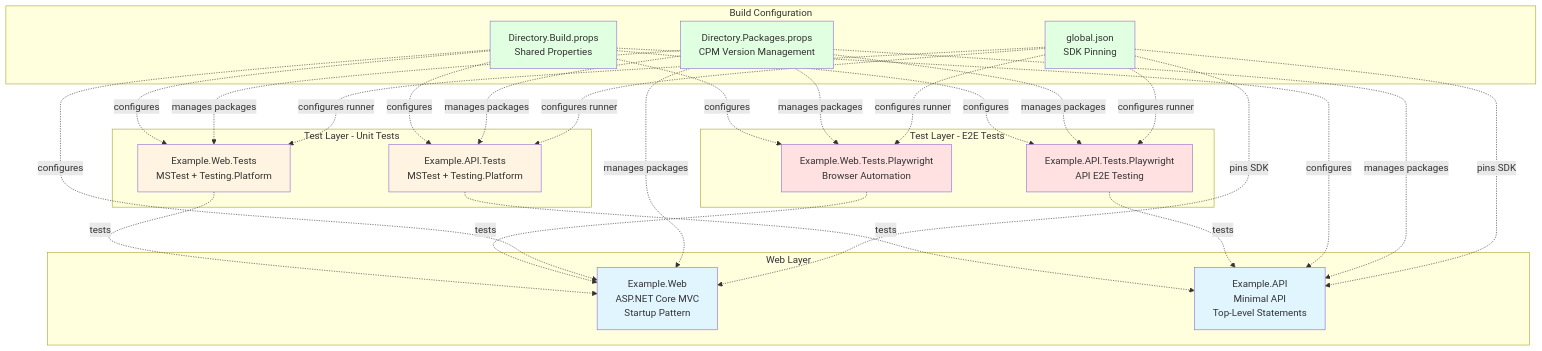
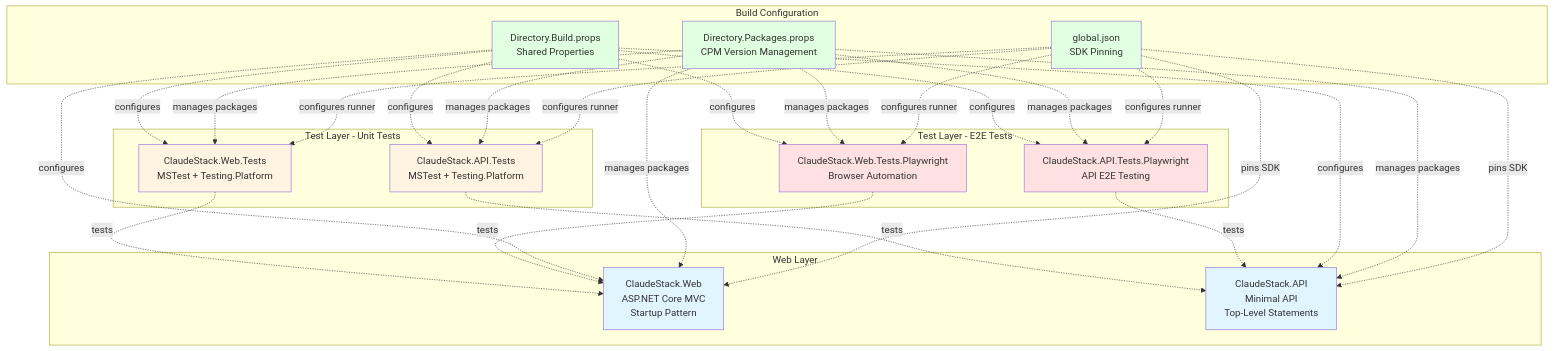
One commit to mpaulohs/GazetaMarketplace changed the first of 3 diagrams in docs/docfx-developer/articles/architecture.md. Above: the diagram before and after it, drawn with Mermaid. The commit also changed other lines of this file and 162 other files, not shown here.

First line of the commit message:
Rename project to ClaudeStack.net

````diff
--- a/docs/docfx-developer/articles/architecture.md
+++ b/docs/docfx-developer/articles/architecture.md
@@ -17,59 +17,59 @@
 ```mermaid
 graph TB
     subgraph "Web Layer"
-        A[Example.Web<br/>ASP.NET Core MVC<br/>Startup Pattern]
-        B[Example.API<br/>Minimal API<br/>Top-Level Statements]
+        A[ClaudeStack.Web<br/>ASP.NET Core MVC<br/>Startup Pattern]
+        B[ClaudeStack.API<br/>Minimal API<br/>Top-Level Statements]
     end
 
     subgraph "Test Layer - Unit Tests"
-        C[Example.Web.Tests<br/>MSTest + Testing.Platform]
-        D[Example.API.Tests<br/>MSTest + Testing.Platform]
+        C[ClaudeStack.Web.Tests<br/>MSTest + Testing.Platform]
+        D[ClaudeStack.API.Tests<br/>MSTest + Testing.Platform]
     end
 
     subgraph "Test Layer - E2E Tests"
-        E[Example.Web.Tests.Playwright<br/>Browser Automation]
-        F[Example.API.Tests.Playwright<br/>API E2E Testing]
+        E[ClaudeStack.Web.Tests.Playwright<br/>Browser Automation]
+        F[ClaudeStack.API.Tests.Playwright<br/>API E2E Testing]
     end
 
     subgraph "Build Configuration"
         G[Directory.Build.props<br/>Shared Properties]
         H[Directory.Packages.props<br/>CPM Version Management]
         I[global.json<br/>SDK Pinning]
     end
 
     C -.tests.-> A
     D -.tests.-> B
     E -.tests.-> A
     F -.tests.-> B
 
     G -.configures.-> A
     G -.configures.-> B
     G -.configures.-> C
     G -.configures.-> D
     G -.configures.-> E
     G -.configures.-> F
 
     H -.manages packages.-> A
     H -.manages packages.-> B
     H -.manages packages.-> C
     H -.manages packages.-> D
     H -.manages packages.-> E
     H -.manages packages.-> F
 
     I -.pins SDK.-> A
     I -.pins SDK.-> B
     I -.configures runner.-> C
     I -.configures runner.-> D
     I -.configures runner.-> E
     I -.configures runner.-> F
 
     style A fill:#e1f5ff
     style B fill:#e1f5ff
     style C fill:#fff4e1
     style D fill:#fff4e1
     style E fill:#ffe1e1
     style F fill:#ffe1e1
     style G fill:#e1ffe1
     style H fill:#e1ffe1
     style I fill:#e1ffe1
 ```
````
